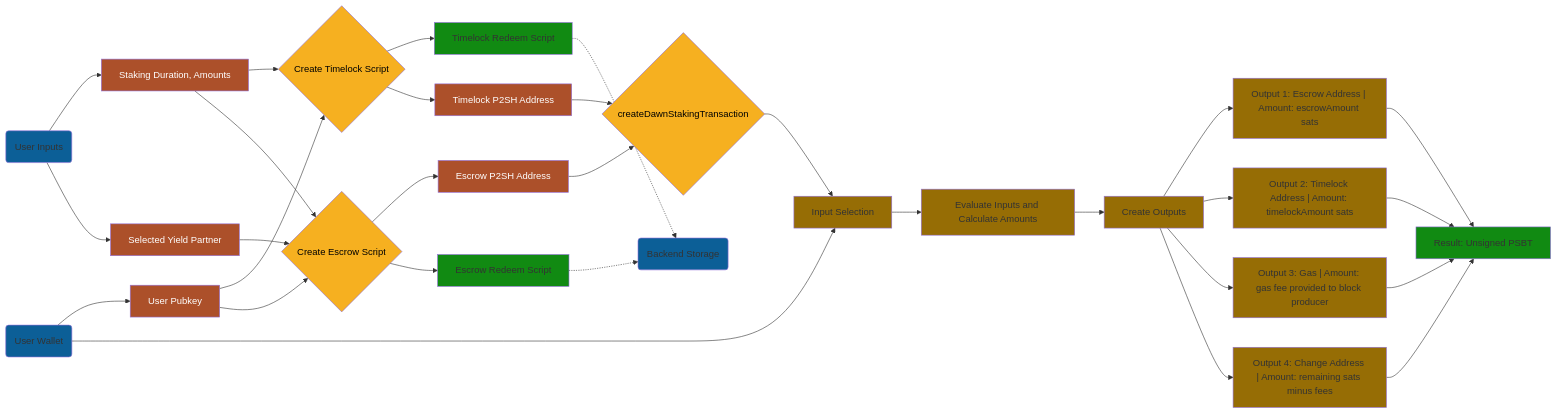
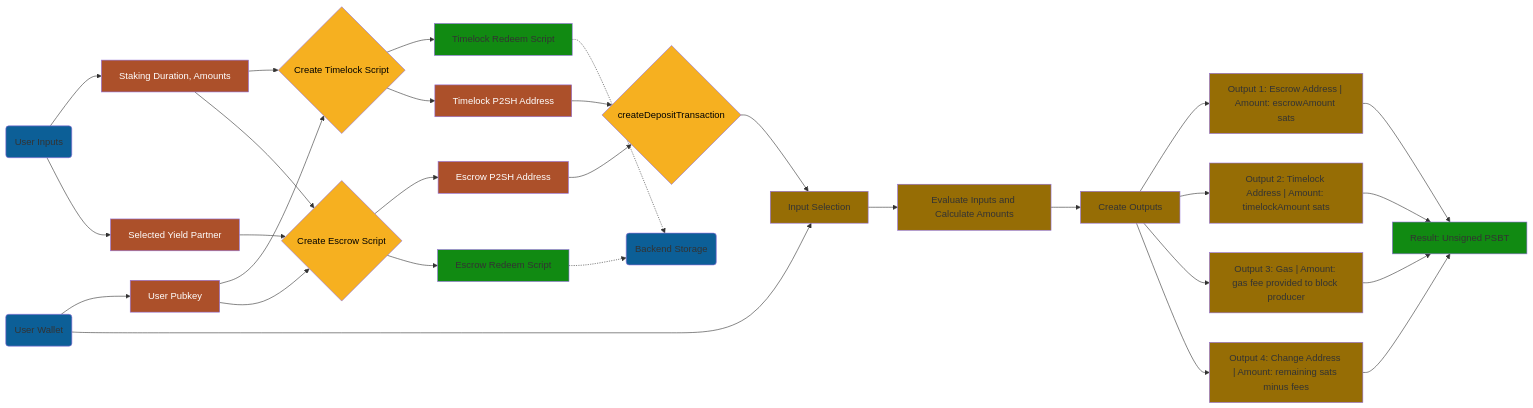
The first of 4 diagrams in spec/v0/user-stories.md (sundial-protocol/btc-locker), drawn with Mermaid before and after one commit. The commit also changed other lines of this file and 21 other files, not shown here.

````diff
--- a/spec/v0/user-stories.md
+++ b/spec/v0/user-stories.md
@@ -36,51 +36,51 @@
 ```mermaid
 flowchart LR
     Wallet(User Wallet) --> UserPkh[User Pubkey]
     Input(User Inputs) --> Duration[Staking Duration, Amounts]
     Input --> YieldPartner[Selected Yield Partner]
 
     UserPkh --> MkTimelock{Create Timelock Script}
     Duration --> MkTimelock
     Duration --> MkEscrow{Create Escrow Script}
     YieldPartner --> MkEscrow
     UserPkh --> MkEscrow
 
     MkTimelock --> TimelockScript[Timelock Redeem Script]
     MkTimelock --> TimelockP2SH[Timelock P2SH Address]
     MkEscrow --> EscrowP2SH[Escrow P2SH Address]
     MkEscrow --> EscrowScript[Escrow Redeem Script]
 
-    TimelockP2SH --> Tx{createDawnStakingTransaction}
+    TimelockP2SH --> Tx{createDepositTransaction}
     EscrowP2SH --> Tx
 
     TimelockScript -.-> Backend(Backend Storage)
     EscrowScript -.-> Backend
 
     Tx --> Selection[Input Selection]
     Wallet --> Selection
 
     Selection --> Evaluate["Evaluate Inputs and Calculate Amounts"]
 
     Evaluate --> Creation[Create Outputs]
     Creation --> O1["Output 1: Escrow Address | Amount: escrowAmount sats"]
     Creation --> O2["Output 2: Timelock Address | Amount: timelockAmount sats"]
     Creation --> O3["Output 3: Gas | Amount: gas fee provided to block producer"]
     Creation --> O4["Output 4: Change Address | Amount: remaining sats minus fees"]
 
     O1 --> Result[Result: Unsigned PSBT]
     O2 --> Result
     O3 --> Result
     O4 --> Result
 
     classDef actor fill:#0c5f97
     classDef methodStep fill:#966D05
     classDef result fill:#118a12
     classDef input fill:#ac502a,color:#fff
     classDef method fill:#F6B020,color:#000
 
     class Wallet,Input,Backend actor
     class O1,O2,O3,O4,Selection,Evaluate,Creation methodStep
     class EscrowScript,TimelockScript,Result result
     class MkTimelock,MkEscrow,Tx method
     class UserPkh,Duration,YieldPartner,TimelockP2SH,EscrowP2SH, input
 ```
````
